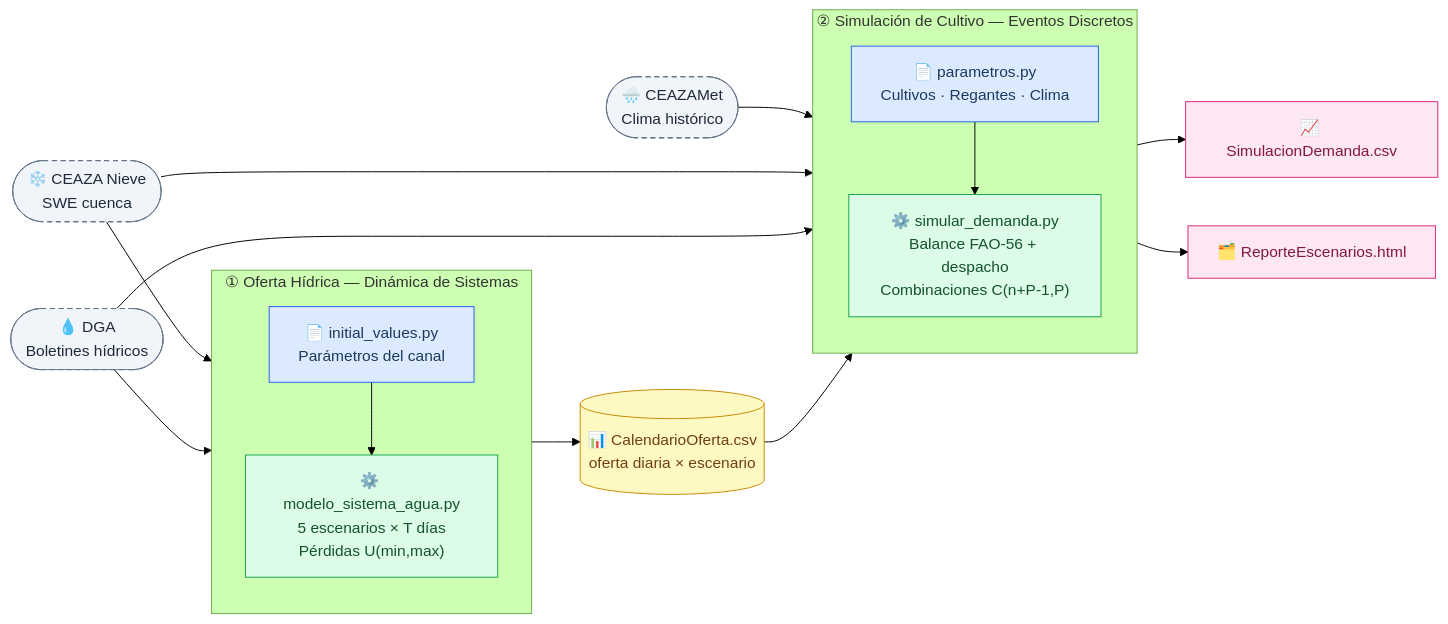
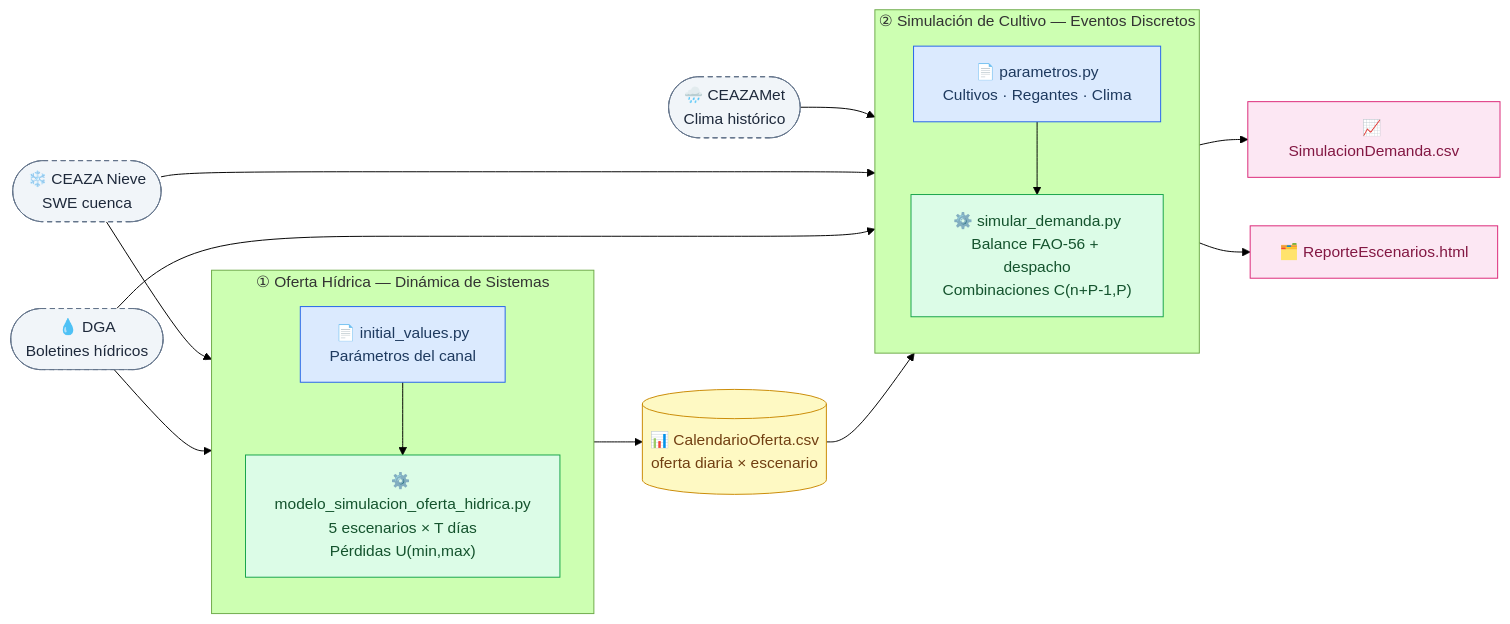
The first of 4 diagrams in README.md (toniesky/Simulaci-n-multiparadigma-cultivo), drawn with Mermaid (forest theme) before and after one commit. The commit also changed other lines of this file and 6 other files, not shown here.

Commit message:
refactor: renombrar modelo_sistema_agua a modelo_simulacion_oferta_hidrica

````diff
--- a/README.md
+++ b/README.md
@@ -49,44 +49,44 @@
 ```mermaid
 flowchart LR
     classDef ext    fill:#f1f5f9,stroke:#64748b,color:#1e293b,stroke-dasharray:5 4
     classDef param  fill:#dbeafe,stroke:#2563eb,color:#1e3a5f
     classDef engine fill:#dcfce7,stroke:#16a34a,color:#14532d
     classDef csv    fill:#fef9c3,stroke:#ca8a04,color:#713f12
     classDef out    fill:#fce7f3,stroke:#db2777,color:#831843
 
     %% Fuentes externas
     EXT1(["🌧️ CEAZAMet\nClima histórico"]):::ext
     EXT2(["❄️ CEAZA Nieve\nSWE cuenca"]):::ext
     EXT3(["💧 DGA\nBoletines hídricos"]):::ext
 
     %% Módulo 1
     subgraph M1["① Oferta Hídrica — Dinámica de Sistemas"]
         direction TB
         P1["📄 initial_values.py\nParámetros del canal"]:::param
-        SD["⚙️ modelo_sistema_agua.py\n5 escenarios × T días\nPérdidas U(min,max)"]:::engine
+        SD["⚙️ modelo_simulacion_oferta_hidrica.py\n5 escenarios × T días\nPérdidas U(min,max)"]:::engine
         P1 --> SD
     end
 
     %% Módulo 2
     subgraph M2["② Simulación de Cultivo — Eventos Discretos"]
         direction TB
         P2["📄 parametros.py\nCultivos · Regantes · Clima"]:::param
         DE["⚙️ simular_demanda.py\nBalance FAO-56 + despacho\nCombinaciones C(n+P-1,P)"]:::engine
         P2 --> DE
     end
 
     %% Archivo intermedio
     CSV[("📊 CalendarioOferta.csv\noferta diaria × escenario")]:::csv
 
     %% Salidas finales
     O1["📈 SimulacionDemanda.csv"]:::out
     O2["🗂️ ReporteEscenarios.html"]:::out
 
     %% Flujos
     EXT1 & EXT2 & EXT3 --> P2
     EXT2 & EXT3          --> P1
     SD  --> CSV
     CSV --> DE
     DE  --> O1
     DE  --> O2
 ```
````
